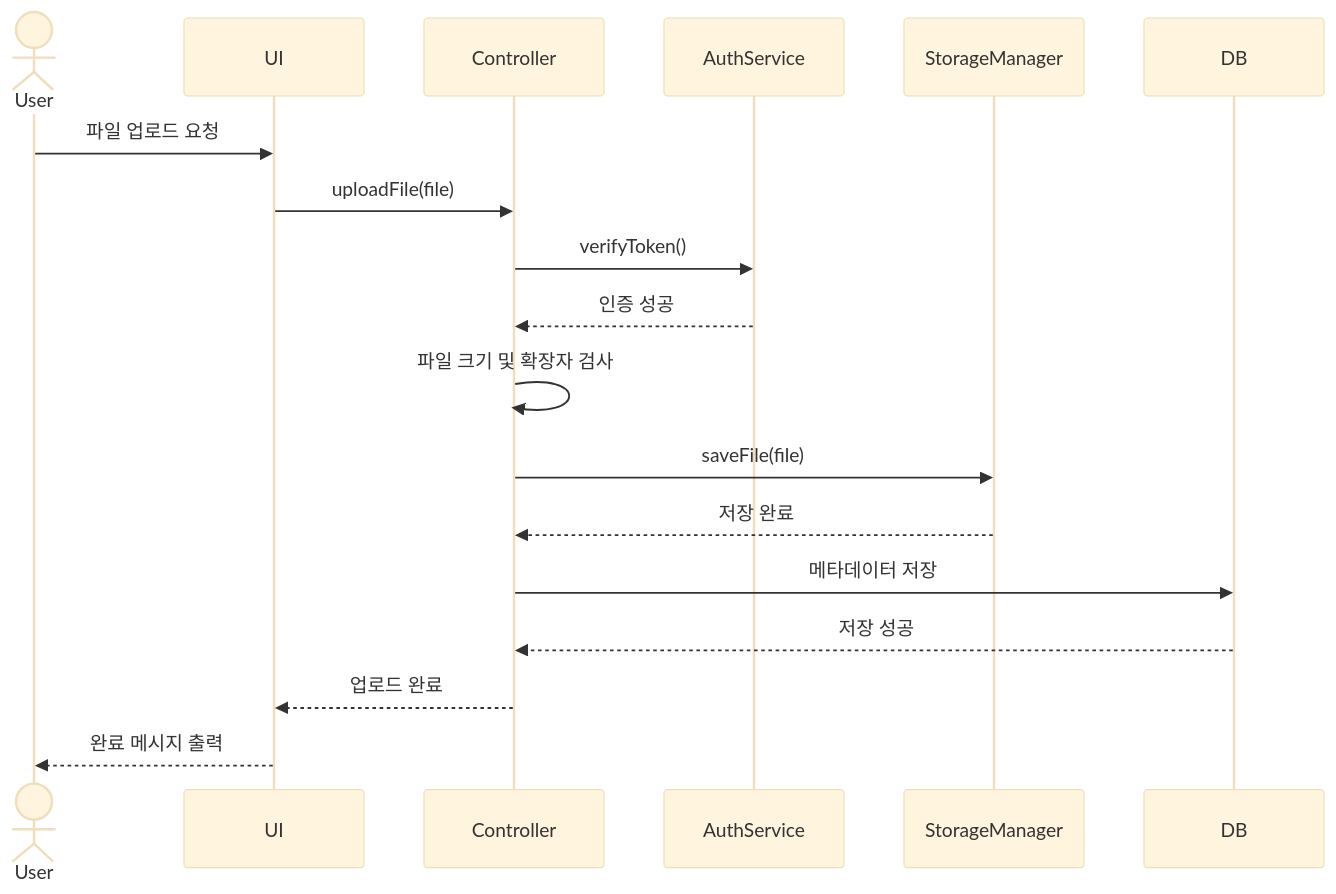
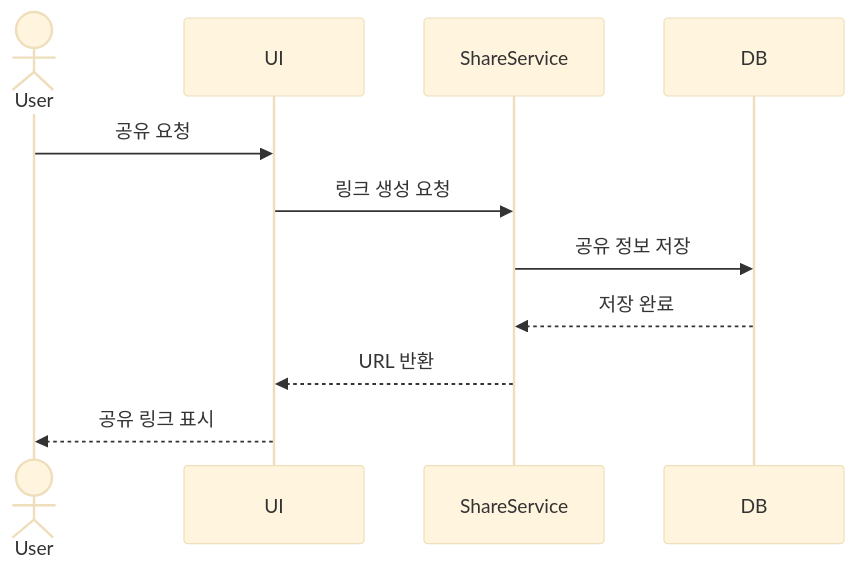
The third of 4 diagrams in doc/requirement_analysis.md (min12387/se), drawn with Mermaid (base theme) before and after one commit. The commit also changed other lines of this file, not shown here.

````diff
--- a/doc/requirement_analysis.md
+++ b/doc/requirement_analysis.md
@@ -243,27 +131,15 @@
 ```mermaid
 sequenceDiagram
 
     actor User
     participant UI
-    participant Controller
-    participant AuthService
-    participant StorageManager
+    participant ShareService
     participant DB
 
-    User->>UI: 파일 업로드 요청
-    UI->>Controller: uploadFile(file)
-
-    Controller->>AuthService: verifyToken()
-    AuthService-->>Controller: 인증 성공
-
-    Controller->>Controller: 파일 크기 및 확장자 검사
-
-    Controller->>StorageManager: saveFile(file)
-    StorageManager-->>Controller: 저장 완료
-
-    Controller->>DB: 메타데이터 저장
-    DB-->>Controller: 저장 성공
-
-    Controller-->>UI: 업로드 완료
-    UI-->>User: 완료 메시지 출력
+    User->>UI: 공유 요청
+    UI->>ShareService: 링크 생성 요청
+    ShareService->>DB: 공유 정보 저장
+    DB-->>ShareService: 저장 완료
+    ShareService-->>UI: URL 반환
+    UI-->>User: 공유 링크 표시
 ```
````
